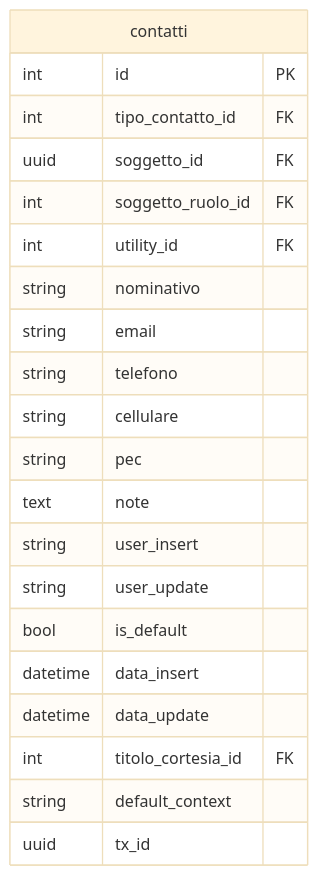
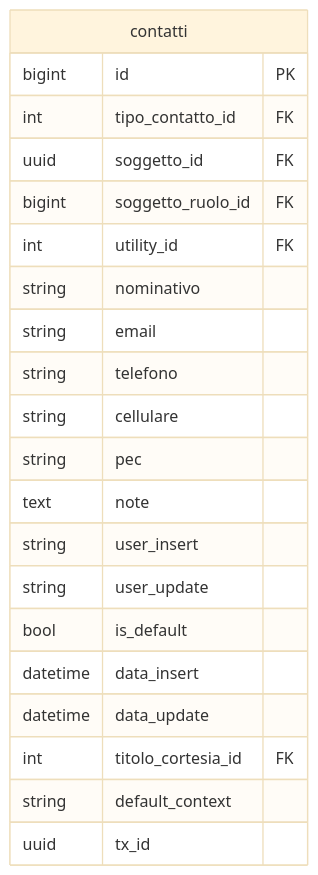
One commit to Tito-it/ZeroErp changed the second of 2 diagrams in docs/it/dbzero/anagrafiche/manual/contatti.md. Above: the diagram before and after it, drawn with Mermaid (base theme). The commit also changed other lines of this file and 31 other files, not shown here.

````diff
--- a/docs/it/dbzero/anagrafiche/manual/contatti.md
+++ b/docs/it/dbzero/anagrafiche/manual/contatti.md
@@ -173,26 +172,26 @@
 ```mermaid
 %%{init: {'er': {'layoutDirection': 'TB'}}}%%
 erDiagram
     contatti {
-        int      id PK
+        bigint      id PK
         int      tipo_contatto_id FK
         uuid     soggetto_id FK
-        int      soggetto_ruolo_id FK
+        bigint      soggetto_ruolo_id FK
         int      utility_id FK
         string   nominativo
         string   email
         string   telefono
         string   cellulare
         string   pec
         text     note
         string   user_insert
         string   user_update
         bool     is_default
         datetime data_insert
         datetime data_update
         int      titolo_cortesia_id FK
         string   default_context
         uuid     tx_id
     }
 
 ```
````
